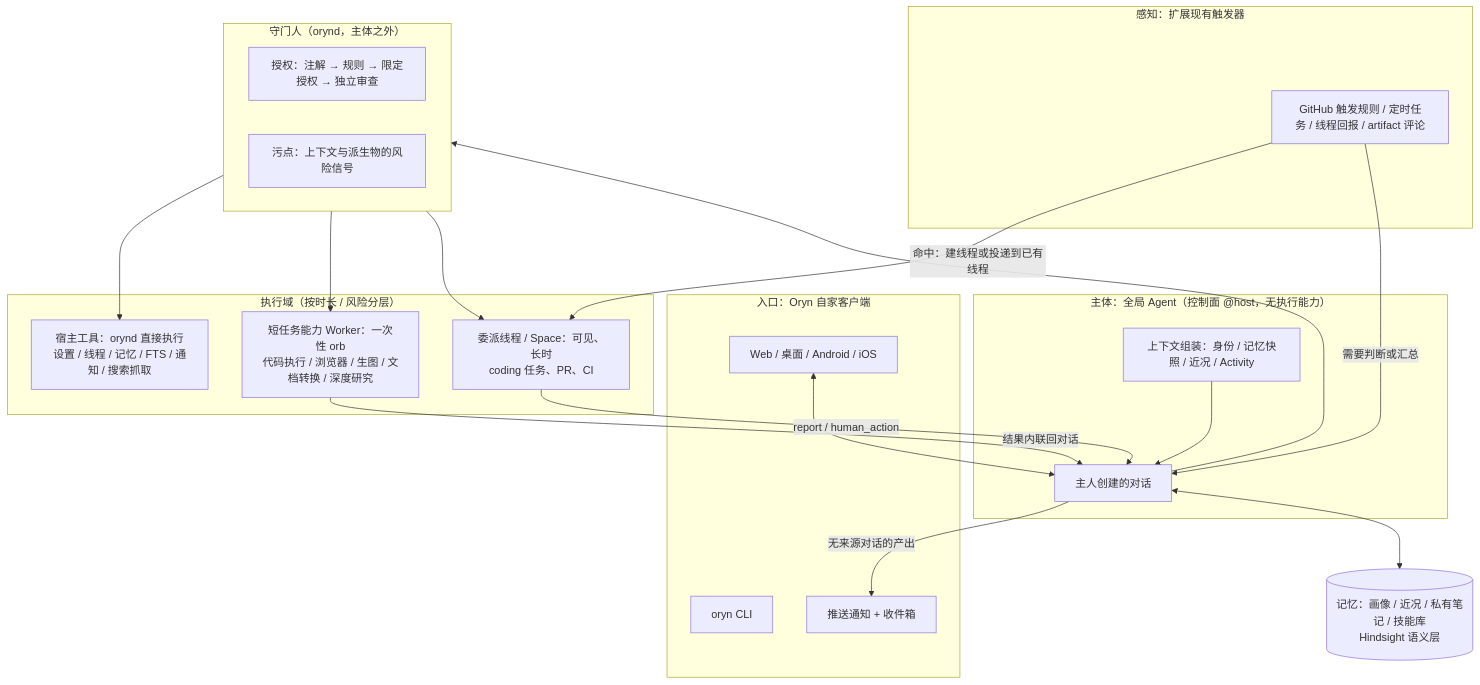
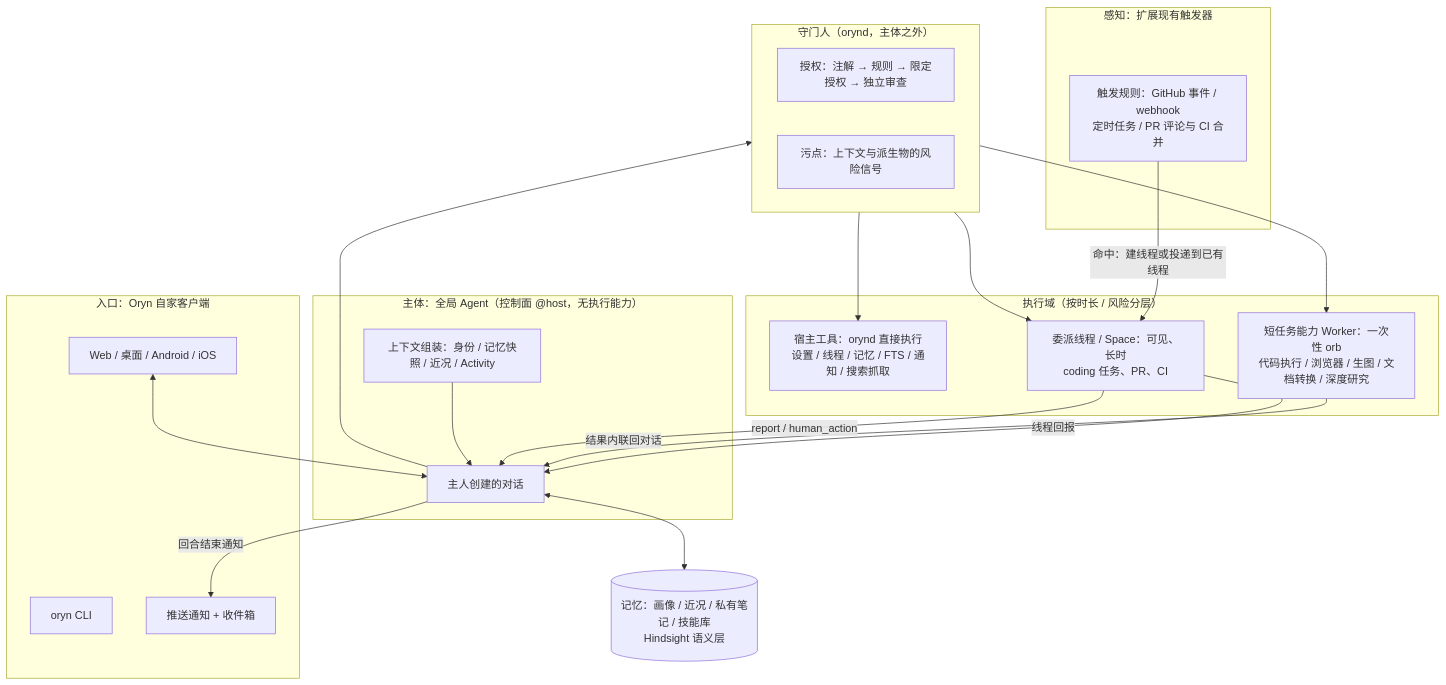
One commit to Lynricsy/Oryn changed the diagram in docs/research/research-SuperAgent.md. Above: the diagram before and after it, drawn with Mermaid. The commit also changed other lines of this file, not shown here.

````diff
--- a/docs/research/research-SuperAgent.md
+++ b/docs/research/research-SuperAgent.md
@@ -70,34 +70,34 @@
 ```mermaid
 flowchart TB
   subgraph CH[入口：Oryn 自家客户端]
     W[Web / 桌面 / Android / iOS]
     CLI[oryn CLI]
     PUSH[推送通知 + 收件箱]
   end
   subgraph EV[感知：扩展现有触发器]
-    TR[GitHub 触发规则 / 定时任务 / 线程回报 / artifact 评论]
+    TR[触发规则：GitHub 事件 / webhook<br/>定时任务 / PR 评论与 CI 合并]
   end
   subgraph P[主体：全局 Agent（控制面 @host，无执行能力）]
     MAIN[主人创建的对话]
     CTX[上下文组装：身份 / 记忆快照 / 近况 / Activity]
   end
   subgraph AUTH[守门人（orynd，主体之外）]
     POL[授权：注解 → 规则 → 限定授权 → 独立审查]
     TAINT[污点：上下文与派生物的风险信号]
   end
   subgraph H[执行域（按时长 / 风险分层）]
     H1[宿主工具：orynd 直接执行<br/>设置 / 线程 / 记忆 / FTS / 通知 / 搜索抓取]
     H2[短任务能力 Worker：一次性 orb<br/>代码执行 / 浏览器 / 生图 / 文档转换 / 深度研究]
     H3[委派线程 / Space：可见、长时<br/>coding 任务、PR、CI]
   end
   MEM[(记忆：画像 / 近况 / 私有笔记 / 技能库<br/>Hindsight 语义层)]
   TR -- 命中：建线程或投递到已有线程 --> H3
-  TR -- 需要判断或汇总 --> MAIN
-  MAIN -- 无来源对话的产出 --> PUSH
+  H3 -- 线程回报 --> MAIN
+  MAIN -- 回合结束通知 --> PUSH
   W <--> MAIN
   MAIN --> AUTH --> H1 & H2 & H3
   H2 -- 结果内联回对话 --> MAIN
   H3 -- report / human_action --> MAIN
   MAIN <--> MEM
   CTX --> MAIN
 ```
````
